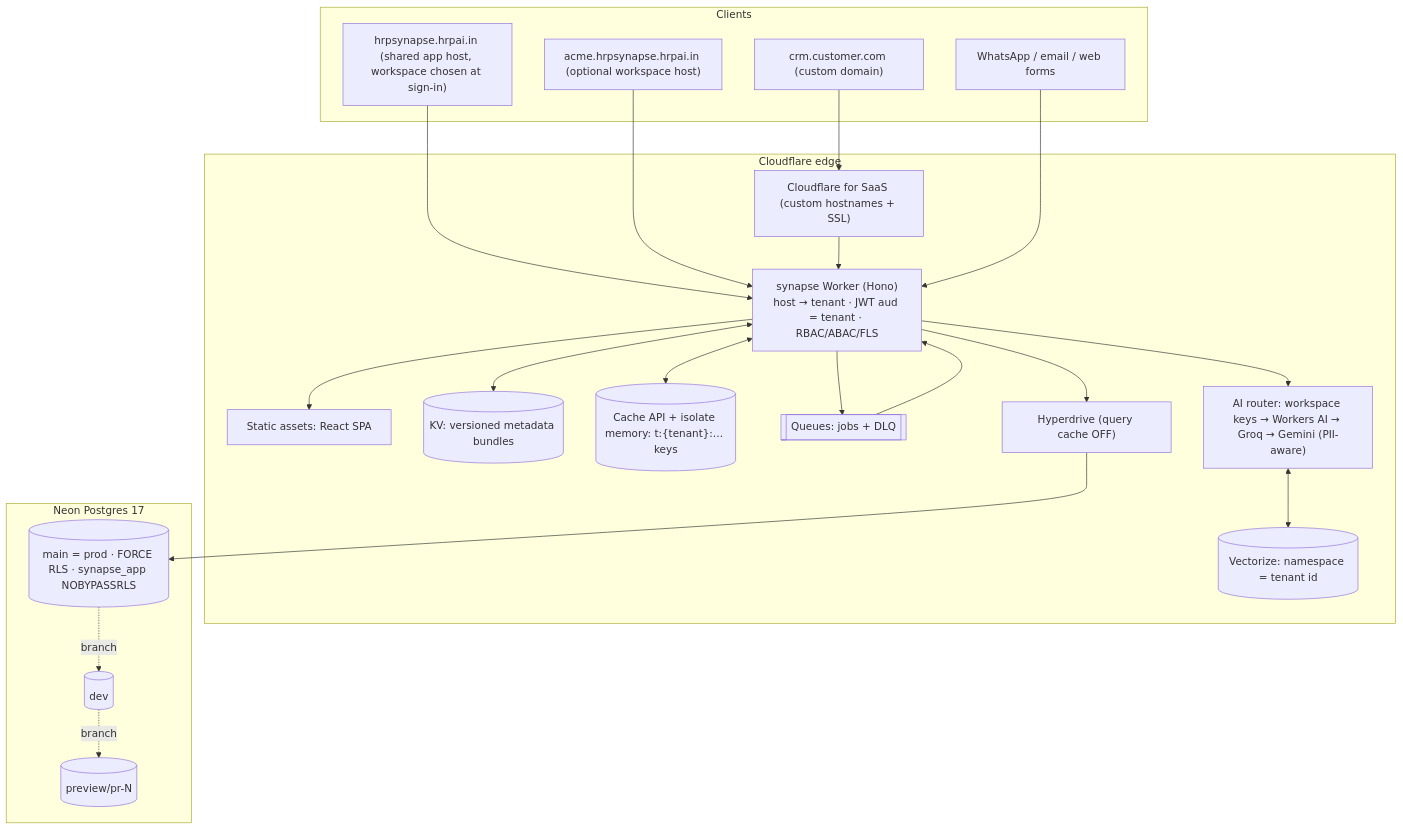
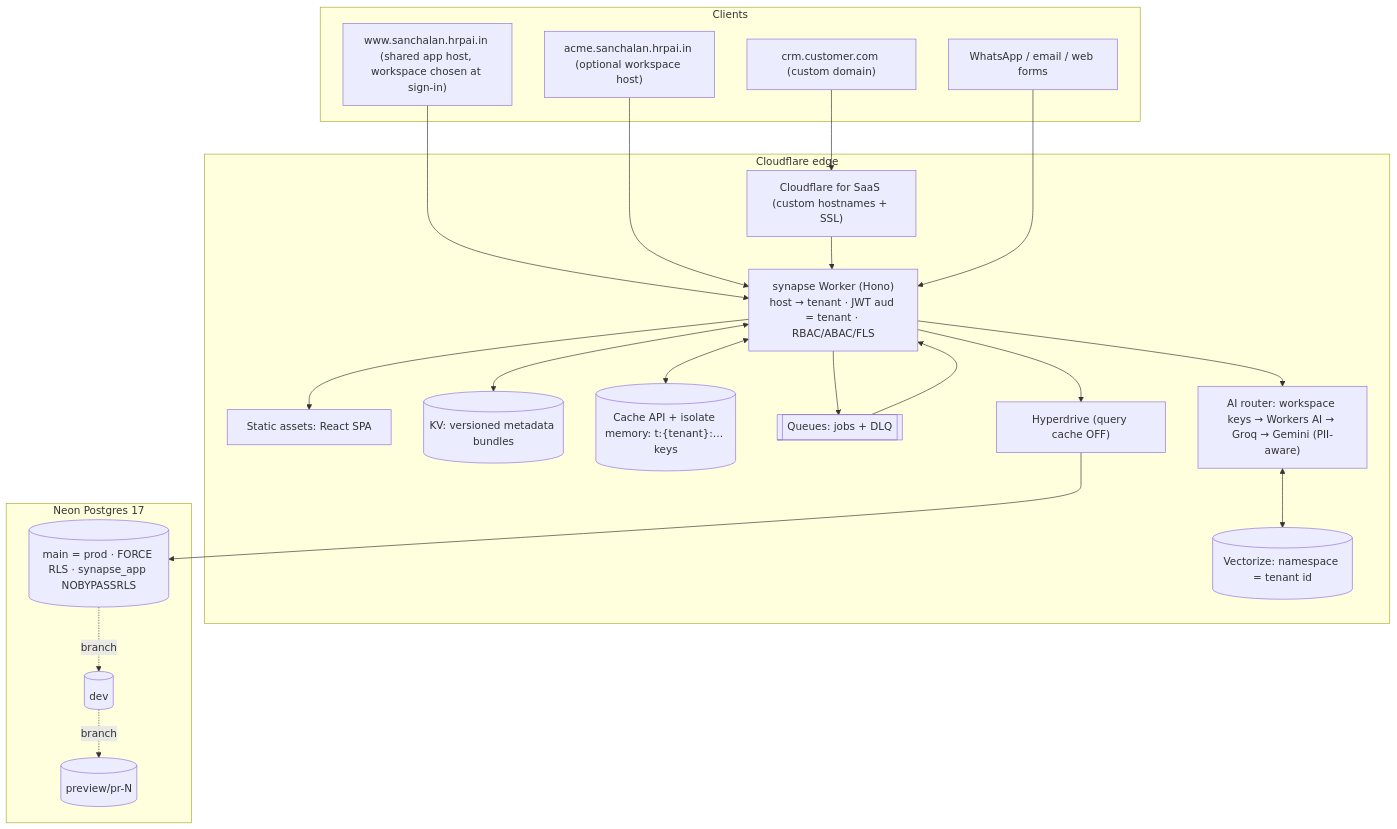
Before and after one commit to HRP-AI-LLP/hrp-crm: the first of 2 diagrams in docs/ARCHITECTURE.md, drawn with Mermaid. The commit also changed other lines of this file and 156 other files, not shown here.

````diff
--- a/docs/ARCHITECTURE.md
+++ b/docs/ARCHITECTURE.md
@@ -5,34 +5,34 @@
 ```mermaid
 flowchart TB
   subgraph Clients
-    A0["hrpsynapse.hrpai.in (shared app host, workspace chosen at sign-in)"]
-    A1["acme.hrpsynapse.hrpai.in (optional workspace host)"]
+    A0["www.sanchalan.hrpai.in (shared app host, workspace chosen at sign-in)"]
+    A1["acme.sanchalan.hrpai.in (optional workspace host)"]
     A2["crm.customer.com (custom domain)"]
     A3["WhatsApp / email / web forms"]
   end
   subgraph CF["Cloudflare edge"]
     SAAS["Cloudflare for SaaS (custom hostnames + SSL)"]
     GW["synapse Worker (Hono)<br/>host → tenant · JWT aud = tenant · RBAC/ABAC/FLS"]
     SPA["Static assets: React SPA"]
     KV[("KV: versioned metadata bundles")]
     CA[("Cache API + isolate memory: t:{tenant}:… keys")]
     Q[["Queues: jobs + DLQ"]]
     AI["AI router: workspace keys → Workers AI → Groq → Gemini (PII-aware)"]
     VEC[("Vectorize: namespace = tenant id")]
     HD["Hyperdrive (query cache OFF)"]
   end
   subgraph Neon["Neon Postgres 17"]
     MAIN[("main = prod · FORCE RLS · synapse_app NOBYPASSRLS")]
     DEV[("dev")]
     PR[("preview/pr-N")]
   end
   A0 & A1 --> GW
   A2 --> SAAS --> GW
   A3 --> GW
   GW --> SPA
   GW <--> KV & CA
   GW --> HD --> MAIN
   GW --> Q --> GW
   GW --> AI <--> VEC
   MAIN -.branch.-> DEV -.branch.-> PR
 ```
````
